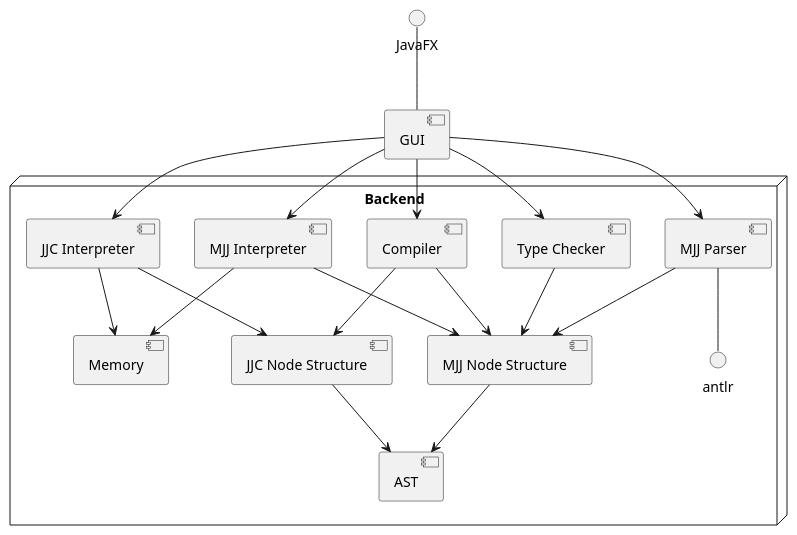
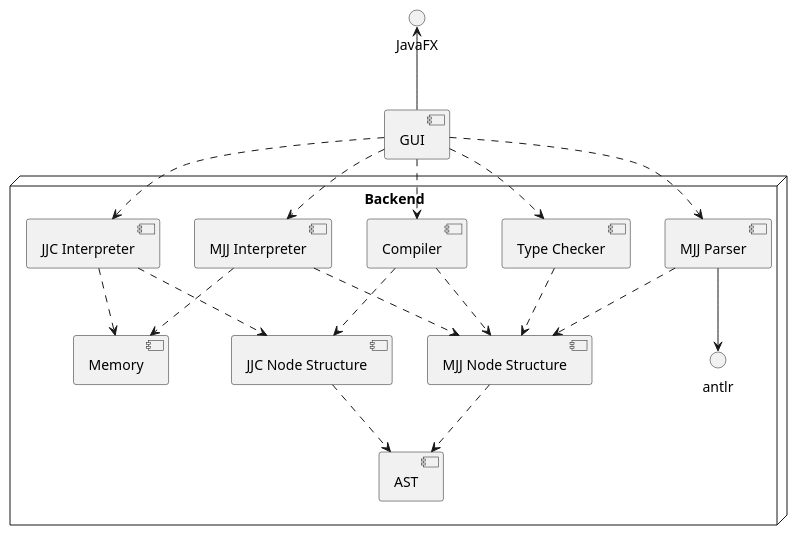
One commit to Ramzi98/Compilateur changed the diagram in modules.puml. Above: the diagram before and after it, drawn with PlantUML. The commit also changed 3 other files, not shown here.

Commit message:
nodes uml specs

```diff
--- a/modules.puml
+++ b/modules.puml
@@ -1,34 +1,34 @@
 @startuml modules
 node "Backend" {
 together {
     [MJJ Node Structure] as MJJNS
     [JJC Node Structure] as JJCNS
-    [AST] <-up- MJJNS
-    [AST] <-up- JJCNS
+    [AST] <.up. MJJNS
+    [AST] <.up. JJCNS
   }
 
     [MJJ Parser] as parser
-    parser --> MJJNS
-    antlr -u- parser
+    parser ..> MJJNS
+    antlr <-u- parser
 
-    MJJNS <-up- [Compiler]
-    JJCNS <-up- [Compiler]
+    MJJNS <.up. [Compiler]
+    JJCNS <.up. [Compiler]
 
     [Memory] as mem
     [JJC Interpreter] as JJCI
     [MJJ Interpreter] as MJJI
-    MJJI --> MJJNS
-    MJJI --> mem
-    JJCI --> JJCNS
-    JJCI --> mem
+    MJJI ..> MJJNS
+    MJJI ..> mem
+    JJCI ..> JJCNS
+    JJCI ..> mem
 
-    [Type Checker] --> MJJNS
+    [Type Checker] ..> MJJNS
 }
 
-[GUI] --> Compiler
-[GUI] --> [Type Checker]
-[GUI] --> MJJI
-[GUI] --> JJCI
-[GUI] --> parser
-JavaFX -- [GUI]
+[GUI] ..> Compiler
+[GUI] ..> [Type Checker]
+[GUI] ..> MJJI
+[GUI] ..> JJCI
+[GUI] ..> parser
+JavaFX <-- [GUI]
 @enduml
```
